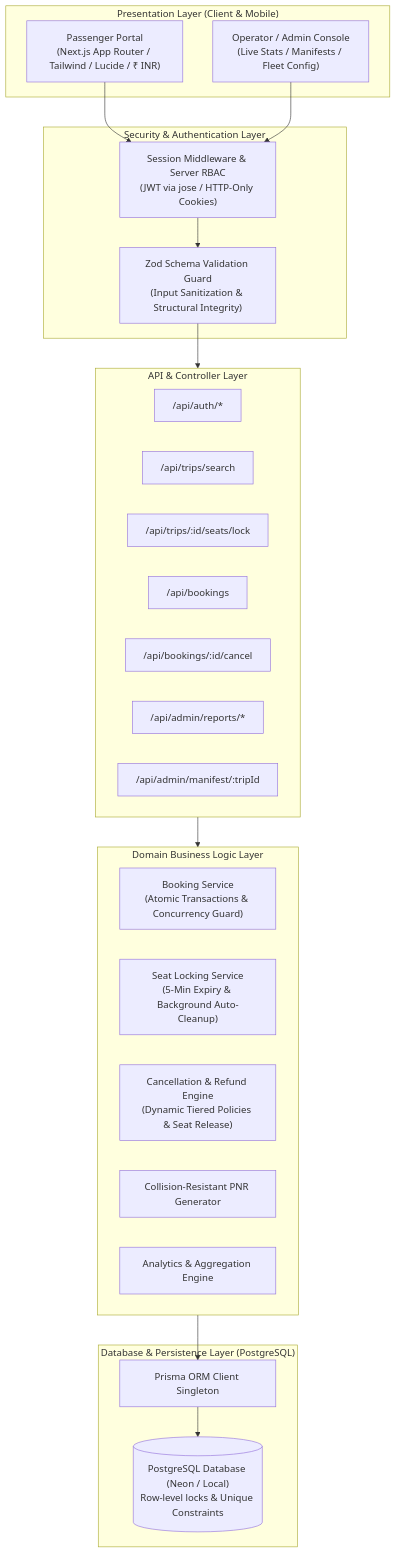
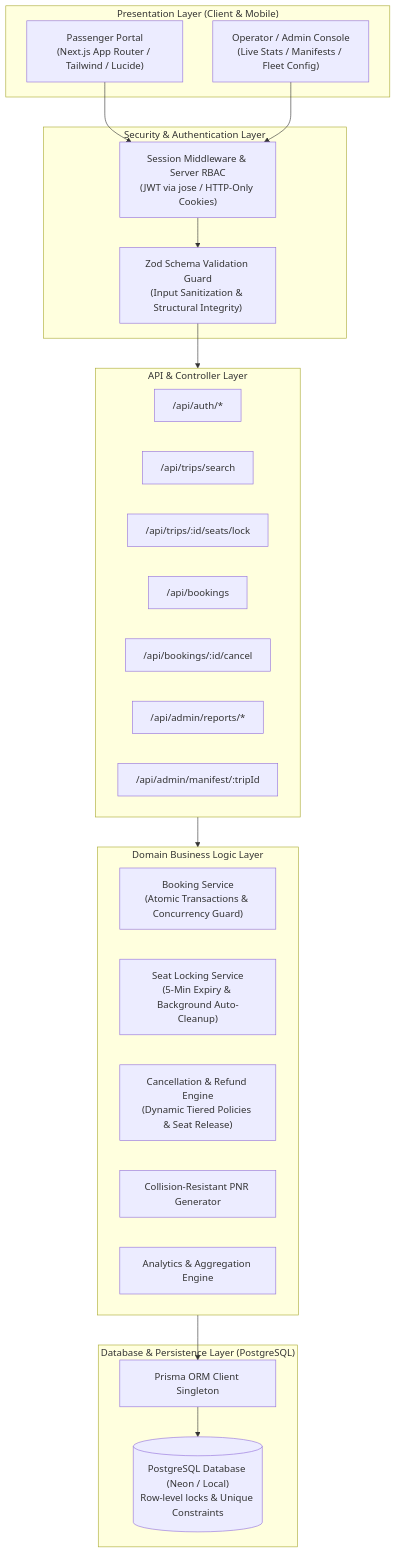
One commit to ritik5504/assign changed the first of 2 diagrams in README.md. Above: the diagram before and after it, drawn with Mermaid. The commit also changed other lines of this file and 9 other files, not shown here.

````diff
--- a/README.md
+++ b/README.md
@@ -26,44 +26,44 @@
 ```mermaid
 flowchart TD
     subgraph Client["Presentation Layer (Client & Mobile)"]
-        CustomerUI["Passenger Portal\n(Next.js App Router / Tailwind / Lucide / ₹ INR)"]
+        CustomerUI["Passenger Portal\n(Next.js App Router / Tailwind / Lucide)"]
         AdminUI["Operator / Admin Console\n(Live Stats / Manifests / Fleet Config)"]
     end
 
     subgraph EdgeAuth["Security & Authentication Layer"]
         SessionGuard["Session Middleware & Server RBAC\n(JWT via jose / HTTP-Only Cookies)"]
         ZodValidator["Zod Schema Validation Guard\n(Input Sanitization & Structural Integrity)"]
     end
 
     subgraph API["API & Controller Layer"]
         AuthAPI["/api/auth/*"]
         TripSearchAPI["/api/trips/search"]
         SeatLockAPI["/api/trips/:id/seats/lock"]
         BookingAPI["/api/bookings"]
         CancelAPI["/api/bookings/:id/cancel"]
         AdminReportsAPI["/api/admin/reports/*"]
         ManifestAPI["/api/admin/manifest/:tripId"]
     end
 
     subgraph CoreServices["Domain Business Logic Layer"]
         BookingEngine["Booking Service\n(Atomic Transactions & Concurrency Guard)"]
         LockService["Seat Locking Service\n(5-Min Expiry & Background Auto-Cleanup)"]
         RefundEngine["Cancellation & Refund Engine\n(Dynamic Tiered Policies & Seat Release)"]
         PNRService["Collision-Resistant PNR Generator"]
         ReportService["Analytics & Aggregation Engine"]
     end
 
     subgraph Storage["Database & Persistence Layer (PostgreSQL)"]
         PrismaORM["Prisma ORM Client Singleton"]
         PG_DB[("PostgreSQL Database (Neon / Local)\nRow-level locks & Unique Constraints")]
     end
 
     CustomerUI --> SessionGuard
     AdminUI --> SessionGuard
     SessionGuard --> ZodValidator
     ZodValidator --> API
 
     API --> CoreServices
     CoreServices --> PrismaORM
     PrismaORM --> PG_DB
 ```
````
